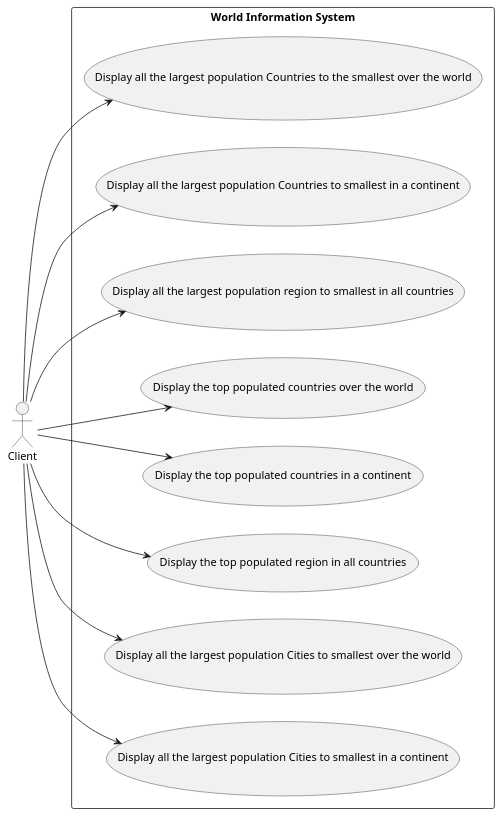
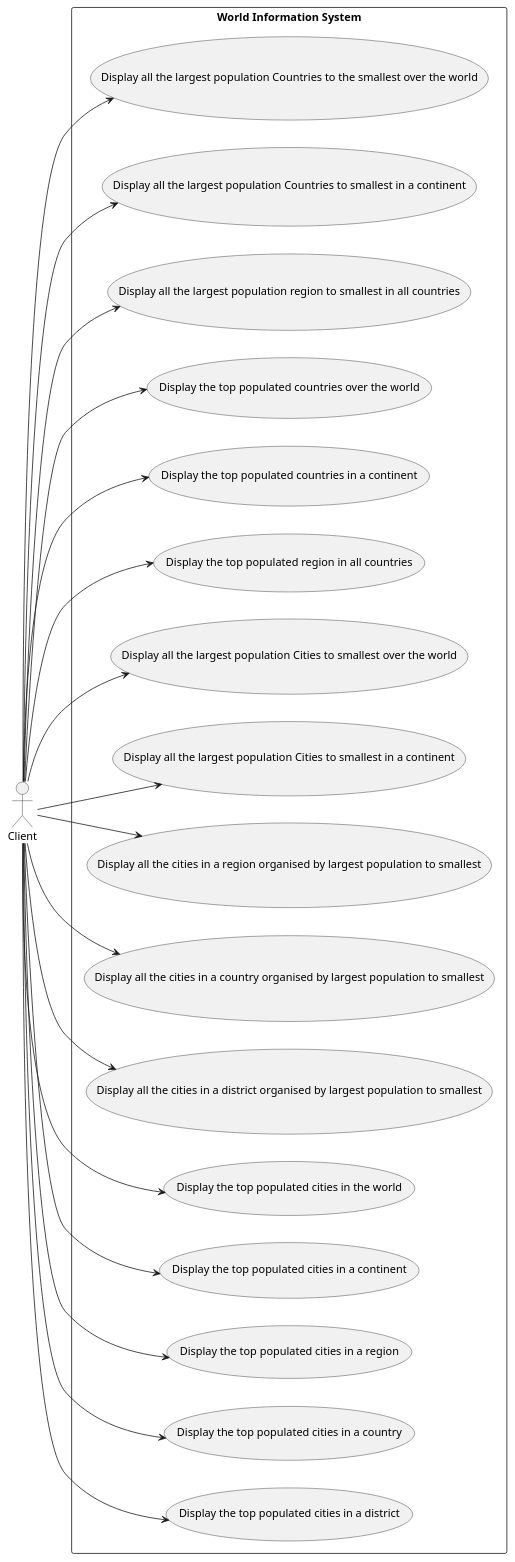
One commit to 40478641/Group4 changed the diagram in use-case/Cw2_use_case.puml. Above: the diagram before and after it, drawn with PlantUML. The commit also changed 11 other files, not shown here.

```diff
--- a/use-case/Cw2_use_case.puml
+++ b/use-case/Cw2_use_case.puml
@@ -2,20 +2,29 @@
 @startuml
 
 actor C1 as "Client"
 
 left to right direction
 skinparam packageStyle rectangle
 
 rectangle "World Information System" {
 
     C1 --> (Display all the largest population Countries to the smallest over the world)
     C1 --> (Display all the largest population Countries to smallest in a continent)
     C1 --> (Display all the largest population region to smallest in all countries)
     C1 --> (Display the top populated countries over the world)
     C1 --> (Display the top populated countries in a continent)
     C1 --> (Display the top populated region in all countries)
     C1 --> (Display all the largest population Cities to smallest over the world)
     C1 --> (Display all the largest population Cities to smallest in a continent)
+    C1 --> (Display all the cities in a region organised by largest population to smallest)
+    C1 --> (Display all the cities in a country organised by largest population to smallest)
+    C1 --> (Display all the cities in a district organised by largest population to smallest)
+    C1 --> (Display the top populated cities in the world)
+    C1 --> (Display the top populated cities in a continent)
+    C1 --> (Display the top populated cities in a region)
+    C1 --> (Display the top populated cities in a country)
+    C1 --> (Display the top populated cities in a district)
+
 }
 
 @enduml
```
